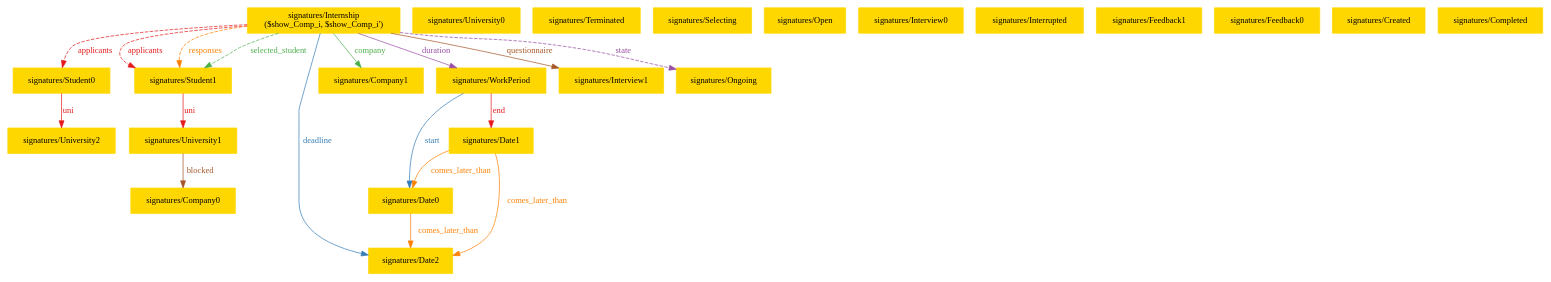
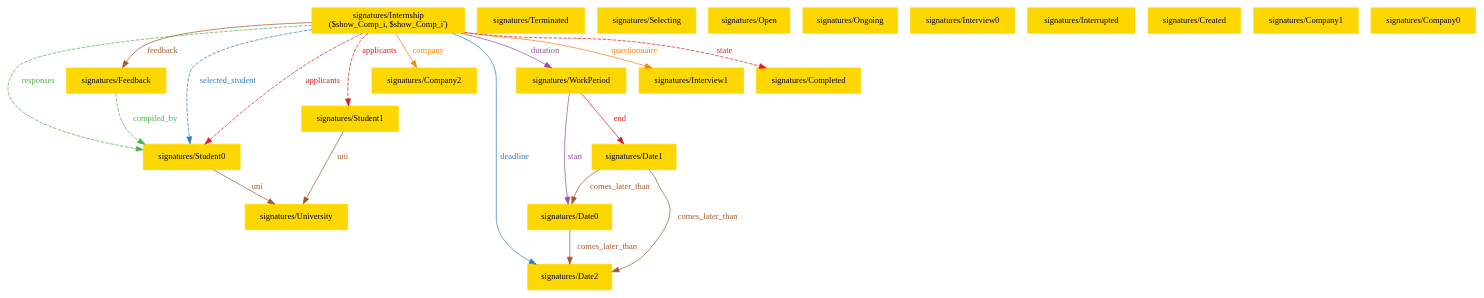
Before and after one commit to lorenzo-cmyk/PF_INGSW2_2024_25: the diagram in RASD/sources/Images/Alloy_images/Alloy_1-5.dot, drawn with Graphviz. The commit also changed 4 other files, not shown here.

```diff
--- a/RASD/sources/Images/Alloy_images/Alloy_1-5.dot
+++ b/RASD/sources/Images/Alloy_images/Alloy_1-5.dot
@@ -1,46 +1,45 @@
 digraph "graph" {
 graph [fontsize=12]
 node [fontsize=12]
 edge [fontsize=12]
 rankdir=TB;
-"N22" -> "N11" [uuid = "<signatures/Internship, signatures/Student0>", color = "#e41a1c", fontcolor = "#e41a1c", style = "dashed", label = "applicants", dir = "forward", weight = "1"]
-"N22" -> "N21" [uuid = "<signatures/Internship, signatures/Student1>", color = "#e41a1c", fontcolor = "#e41a1c", style = "dashed", label = "applicants", dir = "forward", weight = "1"]
-"N20" -> "N19" [uuid = "<signatures/University1, signatures/Company0>", color = "#a65628", fontcolor = "#a65628", style = "solid", label = "blocked", dir = "forward", weight = "1"]
-"N16" -> "N15" [uuid = "<signatures/Date0, signatures/Date2>", color = "#ff7f00", fontcolor = "#ff7f00", style = "solid", label = "comes_later_than", dir = "forward", weight = "1"]
-"N17" -> "N16" [uuid = "<signatures/Date1, signatures/Date0>", color = "#ff7f00", fontcolor = "#ff7f00", style = "solid", label = "comes_later_than", dir = "forward", weight = "1"]
-"N17" -> "N15" [uuid = "<signatures/Date1, signatures/Date2>", color = "#ff7f00", fontcolor = "#ff7f00", style = "solid", label = "comes_later_than", dir = "forward", weight = "1"]
-"N22" -> "N14" [uuid = "<signatures/Internship, signatures/Company1>", color = "#4daf4a", fontcolor = "#4daf4a", style = "solid", label = "company", dir = "forward", weight = "1"]
-"N22" -> "N15" [uuid = "<signatures/Internship, signatures/Date2>", color = "#377eb8", fontcolor = "#377eb8", style = "solid", label = "deadline", dir = "forward", weight = "1"]
-"N22" -> "N18" [uuid = "<signatures/Internship, signatures/WorkPeriod>", color = "#984ea3", fontcolor = "#984ea3", style = "solid", label = "duration", dir = "forward", weight = "1"]
-"N18" -> "N17" [uuid = "<signatures/WorkPeriod, signatures/Date1>", color = "#e41a1c", fontcolor = "#e41a1c", style = "solid", label = "end", dir = "forward", weight = "1"]
-"N22" -> "N13" [uuid = "<signatures/Internship, signatures/Interview1>", color = "#a65628", fontcolor = "#a65628", style = "solid", label = "questionnaire", dir = "forward", weight = "1"]
-"N22" -> "N21" [uuid = "<signatures/Internship, signatures/Student1>", color = "#ff7f00", fontcolor = "#ff7f00", style = "dashed", label = "responses", dir = "forward", weight = "1"]
-"N22" -> "N21" [uuid = "<signatures/Internship, signatures/Student1>", color = "#4daf4a", fontcolor = "#4daf4a", style = "dashed", label = "selected_student", dir = "forward", weight = "1"]
-"N18" -> "N16" [uuid = "<signatures/WorkPeriod, signatures/Date0>", color = "#377eb8", fontcolor = "#377eb8", style = "solid", label = "start", dir = "forward", weight = "1"]
-"N22" -> "N12" [uuid = "<signatures/Internship, signatures/Ongoing>", color = "#984ea3", fontcolor = "#984ea3", style = "dashed", label = "state", dir = "forward", weight = "1"]
-"N11" -> "N10" [uuid = "<signatures/Student0, signatures/University2>", color = "#e41a1c", fontcolor = "#e41a1c", style = "solid", label = "uni", dir = "forward", weight = "1"]
-"N21" -> "N20" [uuid = "<signatures/Student1, signatures/University1>", color = "#e41a1c", fontcolor = "#e41a1c", style = "solid", label = "uni", dir = "forward", weight = "1"]
-"N0" [uuid="signatures/University0", label="signatures/University0", color="#ffd700", fontcolor = "#000000", shape = "box", style = "filled, solid"]
-"N1" [uuid="signatures/Terminated", label="signatures/Terminated", color="#ffd700", fontcolor = "#000000", shape = "box", style = "filled, solid"]
-"N2" [uuid="signatures/Selecting", label="signatures/Selecting", color="#ffd700", fontcolor = "#000000", shape = "box", style = "filled, solid"]
-"N3" [uuid="signatures/Open", label="signatures/Open", color="#ffd700", fontcolor = "#000000", shape = "box", style = "filled, solid"]
+"N20" -> "N10" [uuid = "<signatures/Internship, signatures/Student0>", color = "#e41a1c", fontcolor = "#e41a1c", style = "dashed", label = "applicants", dir = "forward", weight = "1"]
+"N20" -> "N12" [uuid = "<signatures/Internship, signatures/Student1>", color = "#e41a1c", fontcolor = "#e41a1c", style = "dashed", label = "applicants", dir = "forward", weight = "1"]
+"N17" -> "N16" [uuid = "<signatures/Date0, signatures/Date2>", color = "#a65628", fontcolor = "#a65628", style = "solid", label = "comes_later_than", dir = "forward", weight = "1"]
+"N18" -> "N17" [uuid = "<signatures/Date1, signatures/Date0>", color = "#a65628", fontcolor = "#a65628", style = "solid", label = "comes_later_than", dir = "forward", weight = "1"]
+"N18" -> "N16" [uuid = "<signatures/Date1, signatures/Date2>", color = "#a65628", fontcolor = "#a65628", style = "solid", label = "comes_later_than", dir = "forward", weight = "1"]
+"N20" -> "N15" [uuid = "<signatures/Internship, signatures/Company2>", color = "#ff7f00", fontcolor = "#ff7f00", style = "solid", label = "company", dir = "forward", weight = "1"]
+"N11" -> "N10" [uuid = "<signatures/Feedback, signatures/Student0>", color = "#4daf4a", fontcolor = "#4daf4a", style = "dashed", label = "compiled_by", dir = "forward", weight = "1"]
+"N20" -> "N16" [uuid = "<signatures/Internship, signatures/Date2>", color = "#377eb8", fontcolor = "#377eb8", style = "solid", label = "deadline", dir = "forward", weight = "1"]
+"N20" -> "N19" [uuid = "<signatures/Internship, signatures/WorkPeriod>", color = "#984ea3", fontcolor = "#984ea3", style = "solid", label = "duration", dir = "forward", weight = "1"]
+"N19" -> "N18" [uuid = "<signatures/WorkPeriod, signatures/Date1>", color = "#e41a1c", fontcolor = "#e41a1c", style = "solid", label = "end", dir = "forward", weight = "1"]
+"N20" -> "N11" [uuid = "<signatures/Internship, signatures/Feedback>", color = "#a65628", fontcolor = "#a65628", style = "solid", label = "feedback", dir = "forward", weight = "1"]
+"N20" -> "N14" [uuid = "<signatures/Internship, signatures/Interview1>", color = "#ff7f00", fontcolor = "#ff7f00", style = "solid", label = "questionnaire", dir = "forward", weight = "1"]
+"N20" -> "N10" [uuid = "<signatures/Internship, signatures/Student0>", color = "#4daf4a", fontcolor = "#4daf4a", style = "dashed", label = "responses", dir = "forward", weight = "1"]
+"N20" -> "N10" [uuid = "<signatures/Internship, signatures/Student0>", color = "#377eb8", fontcolor = "#377eb8", style = "dashed", label = "selected_student", dir = "forward", weight = "1"]
+"N19" -> "N17" [uuid = "<signatures/WorkPeriod, signatures/Date0>", color = "#984ea3", fontcolor = "#984ea3", style = "solid", label = "start", dir = "forward", weight = "1"]
+"N20" -> "N13" [uuid = "<signatures/Internship, signatures/Completed>", color = "#e41a1c", fontcolor = "#e41a1c", style = "dashed", label = "state", dir = "forward", weight = "1"]
+"N10" -> "N9" [uuid = "<signatures/Student0, signatures/University>", color = "#a65628", fontcolor = "#a65628", style = "solid", label = "uni", dir = "forward", weight = "1"]
+"N12" -> "N9" [uuid = "<signatures/Student1, signatures/University>", color = "#a65628", fontcolor = "#a65628", style = "solid", label = "uni", dir = "forward", weight = "1"]
+"N0" [uuid="signatures/Terminated", label="signatures/Terminated", color="#ffd700", fontcolor = "#000000", shape = "box", style = "filled, solid"]
+"N1" [uuid="signatures/Selecting", label="signatures/Selecting", color="#ffd700", fontcolor = "#000000", shape = "box", style = "filled, solid"]
+"N2" [uuid="signatures/Open", label="signatures/Open", color="#ffd700", fontcolor = "#000000", shape = "box", style = "filled, solid"]
+"N3" [uuid="signatures/Ongoing", label="signatures/Ongoing", color="#ffd700", fontcolor = "#000000", shape = "box", style = "filled, solid"]
 "N4" [uuid="signatures/Interview0", label="signatures/Interview0", color="#ffd700", fontcolor = "#000000", shape = "box", style = "filled, solid"]
 "N5" [uuid="signatures/Interrupted", label="signatures/Interrupted", color="#ffd700", fontcolor = "#000000", shape = "box", style = "filled, solid"]
-"N6" [uuid="signatures/Feedback1", label="signatures/Feedback1", color="#ffd700", fontcolor = "#000000", shape = "box", style = "filled, solid"]
-"N7" [uuid="signatures/Feedback0", label="signatures/Feedback0", color="#ffd700", fontcolor = "#000000", shape = "box", style = "filled, solid"]
-"N8" [uuid="signatures/Created", label="signatures/Created", color="#ffd700", fontcolor = "#000000", shape = "box", style = "filled, solid"]
-"N9" [uuid="signatures/Completed", label="signatures/Completed", color="#ffd700", fontcolor = "#000000", shape = "box", style = "filled, solid"]
-"N10" [uuid="signatures/University2", label="signatures/University2", color="#ffd700", fontcolor = "#000000", shape = "box", style = "filled, solid"]
-"N11" [uuid="signatures/Student0", label="signatures/Student0", color="#ffd700", fontcolor = "#000000", shape = "box", style = "filled, solid"]
-"N12" [uuid="signatures/Ongoing", label="signatures/Ongoing", color="#ffd700", fontcolor = "#000000", shape = "box", style = "filled, solid"]
-"N13" [uuid="signatures/Interview1", label="signatures/Interview1", color="#ffd700", fontcolor = "#000000", shape = "box", style = "filled, solid"]
-"N14" [uuid="signatures/Company1", label="signatures/Company1", color="#ffd700", fontcolor = "#000000", shape = "box", style = "filled, solid"]
-"N15" [uuid="signatures/Date2", label="signatures/Date2", color="#ffd700", fontcolor = "#000000", shape = "box", style = "filled, solid"]
-"N16" [uuid="signatures/Date0", label="signatures/Date0", color="#ffd700", fontcolor = "#000000", shape = "box", style = "filled, solid"]
-"N17" [uuid="signatures/Date1", label="signatures/Date1", color="#ffd700", fontcolor = "#000000", shape = "box", style = "filled, solid"]
-"N18" [uuid="signatures/WorkPeriod", label="signatures/WorkPeriod", color="#ffd700", fontcolor = "#000000", shape = "box", style = "filled, solid"]
-"N19" [uuid="signatures/Company0", label="signatures/Company0", color="#ffd700", fontcolor = "#000000", shape = "box", style = "filled, solid"]
-"N20" [uuid="signatures/University1", label="signatures/University1", color="#ffd700", fontcolor = "#000000", shape = "box", style = "filled, solid"]
-"N21" [uuid="signatures/Student1", label="signatures/Student1", color="#ffd700", fontcolor = "#000000", shape = "box", style = "filled, solid"]
-"N22" [uuid="signatures/Internship", label="signatures/Internship\n($show_Comp_i, $show_Comp_i')", color="#ffd700", fontcolor = "#000000", shape = "box", style = "filled, solid"]
+"N6" [uuid="signatures/Created", label="signatures/Created", color="#ffd700", fontcolor = "#000000", shape = "box", style = "filled, solid"]
+"N7" [uuid="signatures/Company1", label="signatures/Company1", color="#ffd700", fontcolor = "#000000", shape = "box", style = "filled, solid"]
+"N8" [uuid="signatures/Company0", label="signatures/Company0", color="#ffd700", fontcolor = "#000000", shape = "box", style = "filled, solid"]
+"N9" [uuid="signatures/University", label="signatures/University", color="#ffd700", fontcolor = "#000000", shape = "box", style = "filled, solid"]
+"N10" [uuid="signatures/Student0", label="signatures/Student0", color="#ffd700", fontcolor = "#000000", shape = "box", style = "filled, solid"]
+"N11" [uuid="signatures/Feedback", label="signatures/Feedback", color="#ffd700", fontcolor = "#000000", shape = "box", style = "filled, solid"]
+"N12" [uuid="signatures/Student1", label="signatures/Student1", color="#ffd700", fontcolor = "#000000", shape = "box", style = "filled, solid"]
+"N13" [uuid="signatures/Completed", label="signatures/Completed", color="#ffd700", fontcolor = "#000000", shape = "box", style = "filled, solid"]
+"N14" [uuid="signatures/Interview1", label="signatures/Interview1", color="#ffd700", fontcolor = "#000000", shape = "box", style = "filled, solid"]
+"N15" [uuid="signatures/Company2", label="signatures/Company2", color="#ffd700", fontcolor = "#000000", shape = "box", style = "filled, solid"]
+"N16" [uuid="signatures/Date2", label="signatures/Date2", color="#ffd700", fontcolor = "#000000", shape = "box", style = "filled, solid"]
+"N17" [uuid="signatures/Date0", label="signatures/Date0", color="#ffd700", fontcolor = "#000000", shape = "box", style = "filled, solid"]
+"N18" [uuid="signatures/Date1", label="signatures/Date1", color="#ffd700", fontcolor = "#000000", shape = "box", style = "filled, solid"]
+"N19" [uuid="signatures/WorkPeriod", label="signatures/WorkPeriod", color="#ffd700", fontcolor = "#000000", shape = "box", style = "filled, solid"]
+"N20" [uuid="signatures/Internship", label="signatures/Internship\n($show_Comp_i, $show_Comp_i')", color="#ffd700", fontcolor = "#000000", shape = "box", style = "filled, solid"]
 }
```
